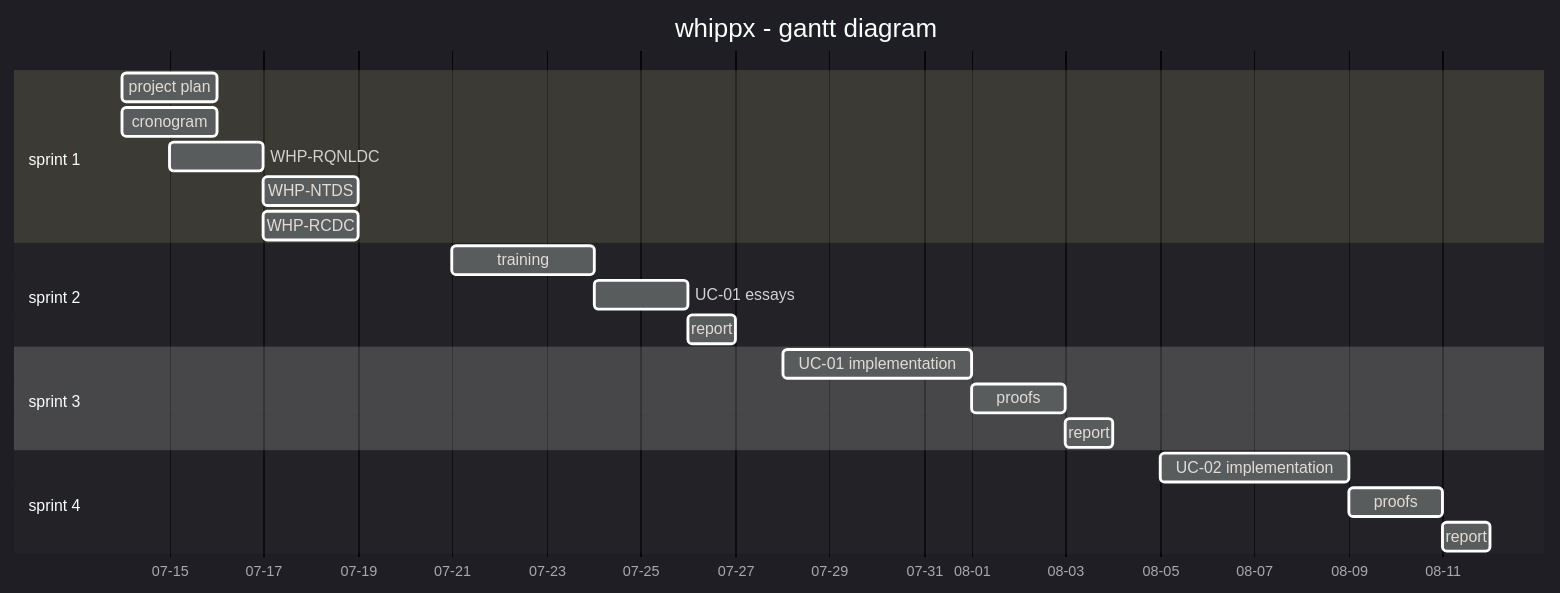
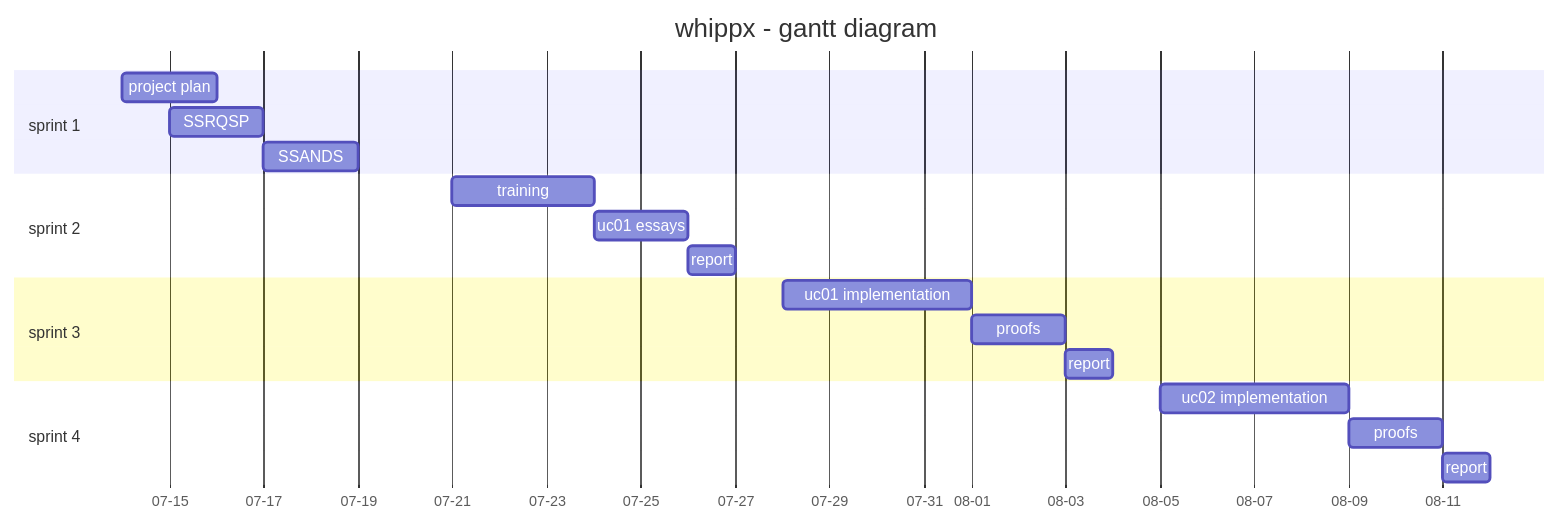
The diagram in management/project plan.md (nzzrs/whippx), drawn with Mermaid before and after one commit. The commit also changed other lines of this file and 7 other files, not shown here.

````diff
--- a/management/project plan.md
+++ b/management/project plan.md
@@ -8,37 +8,35 @@
 ```mermaid
 
-%%{init: {"theme": "dark", "gantt": {"axisFormat": "%m-%d"}}}%%
+%%{init: {"theme": "corporate", "gantt": {"axisFormat": "%m-%d"}}}%%
 
 gantt
 
 title whippx - gantt diagram
 
 dateFormat YYYY-MM-DD
 
 section sprint 1
 
 	project plan               :a1, 2024-07-14, 2d
-	cronogram                  :a2, 2024-07-14, 2d
-	WHP-RQNLDC                 :a3, 2024-07-15, 2d
-	WHP-NTDS                   :a4, after a3,   2d
-	WHP-RCDC                   :a5, after a3,   2d
+	SSRQSP                     :a3, 2024-07-15, 2d
+	SSANDS                     :a4, after a3,   2d
 
 section sprint 2
 
 	training                   :b1, 2024-07-21, 3d
-	UC-01 essays               :b2, after b1,   2d
+	uc01 essays                :b2, after b1,   2d
 	report                     :b3, after b2,   1d
 
 section sprint 3
 
-	UC-01 implementation       :c1, 2024-07-28, 4d
+	uc01 implementation        :c1, 2024-07-28, 4d
 	proofs                     :c2, after c1,   2d
 	report                     :c3, after c2,   1d
 
 section sprint 4
 
-	UC-02 implementation       :d1, 2024-08-05, 4d
+	uc02 implementation        :d1, 2024-08-05, 4d
 	proofs                     :d2, after d1,   2d
 	report                     :d3, after d2,   1d
 
 ```
````
